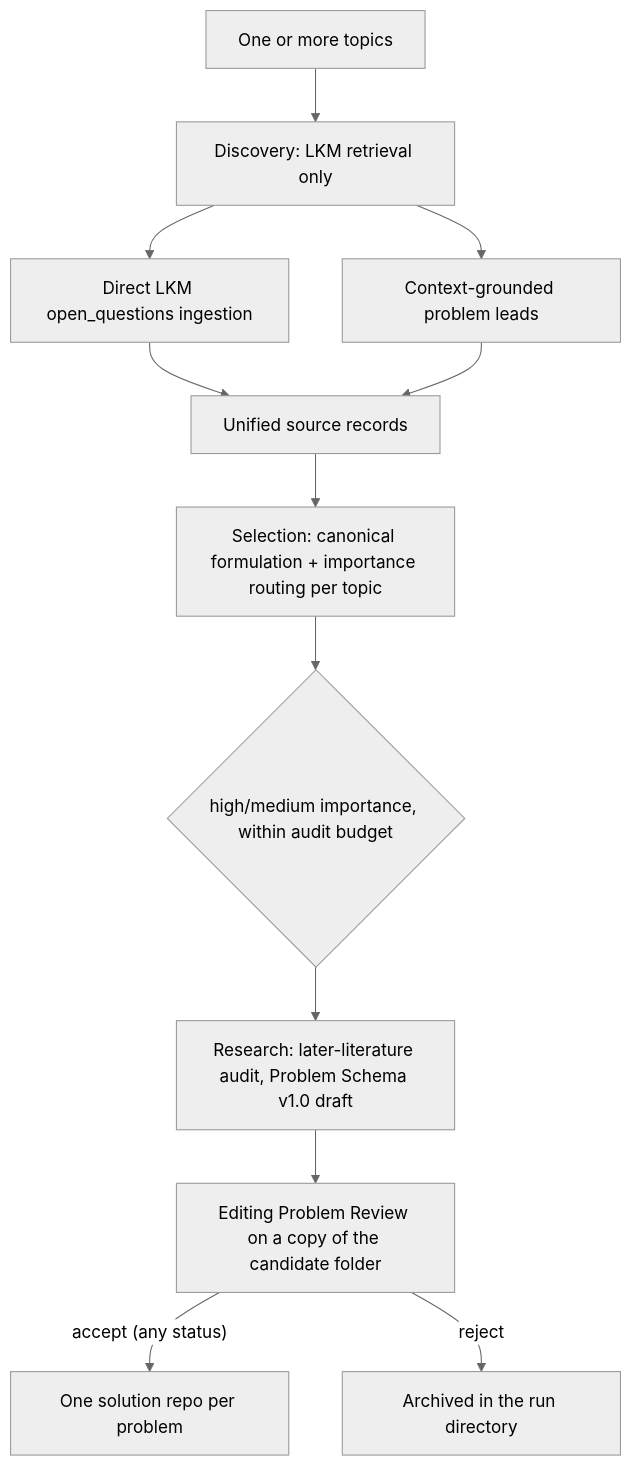
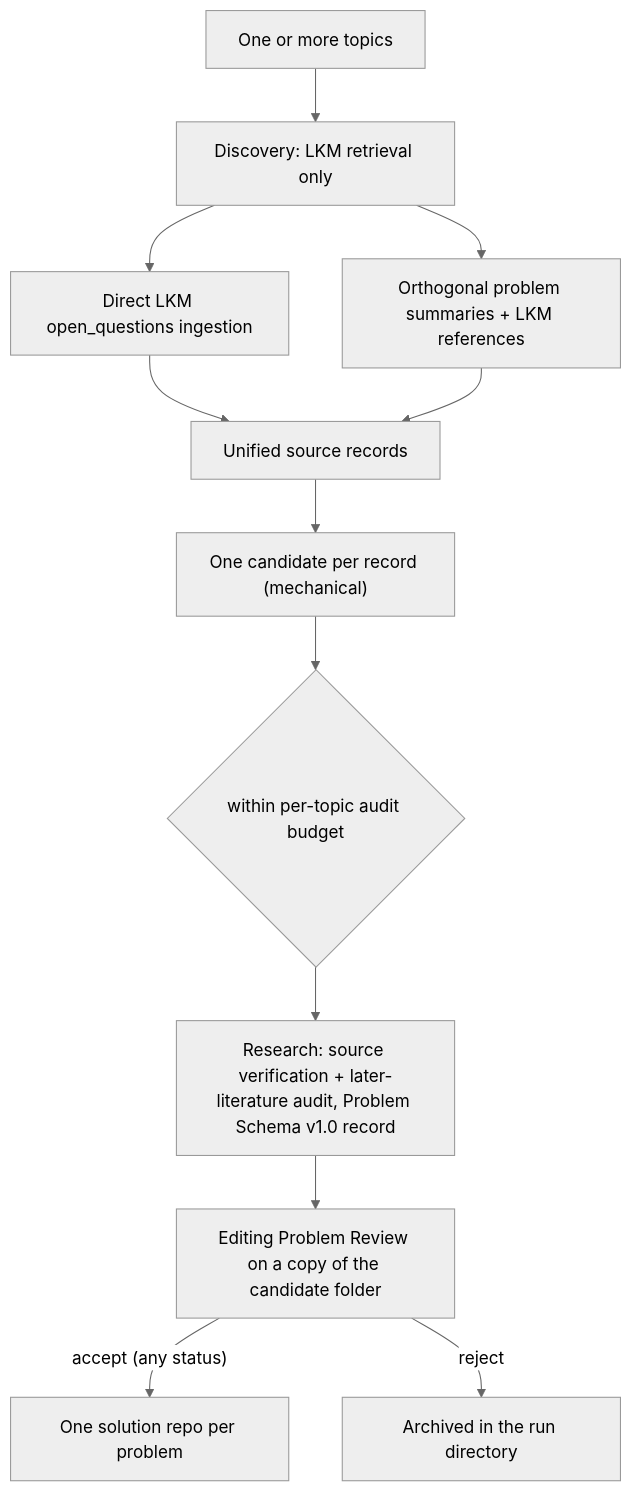
Before and after one commit to kunyuan/open-research-discovery: the diagram in README.md, drawn with Mermaid (neutral theme). The commit also changed other lines of this file and 9 other files, not shown here.

````diff
--- a/README.md
+++ b/README.md
@@ -86,14 +86,14 @@
 ```mermaid
 flowchart TD
     T["One or more topics"] --> D["Discovery: LKM retrieval only"]
     D --> L["Direct LKM open_questions ingestion"]
-    D --> C["Context-grounded problem leads"]
+    D --> C["Orthogonal problem summaries + LKM references"]
     L --> S["Unified source records"]
     C --> S
-    S --> A["Selection: canonical formulation + importance routing per topic"]
-    A --> G{"high/medium importance, within audit budget"}
-    G --> R["Research: later-literature audit, Problem Schema v1.0 draft"]
+    S --> A["One candidate per record (mechanical)"]
+    A --> G{"within per-topic audit budget"}
+    G --> R["Research: source verification + later-literature audit, Problem Schema v1.0 record"]
     R --> P["Editing Problem Review on a copy of the candidate folder"]
     P -->|"accept (any status)"| O["One solution repo per problem"]
     P -->|"reject"| X["Archived in the run directory"]
 ```
````
